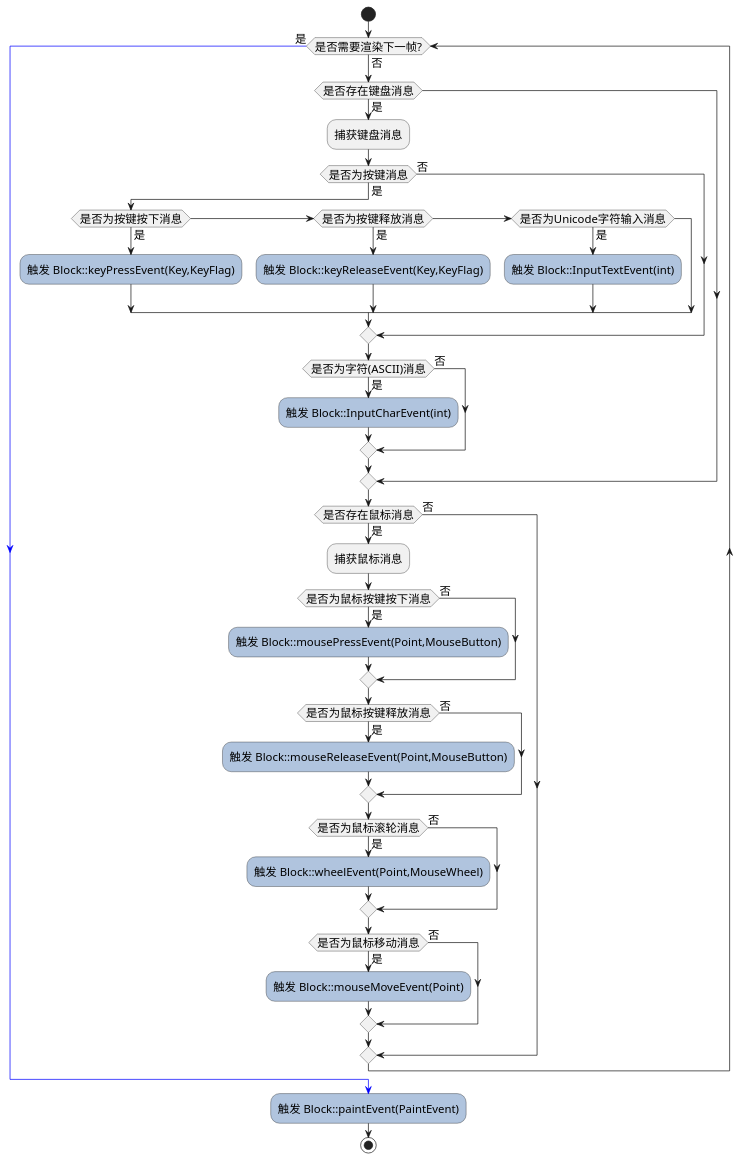
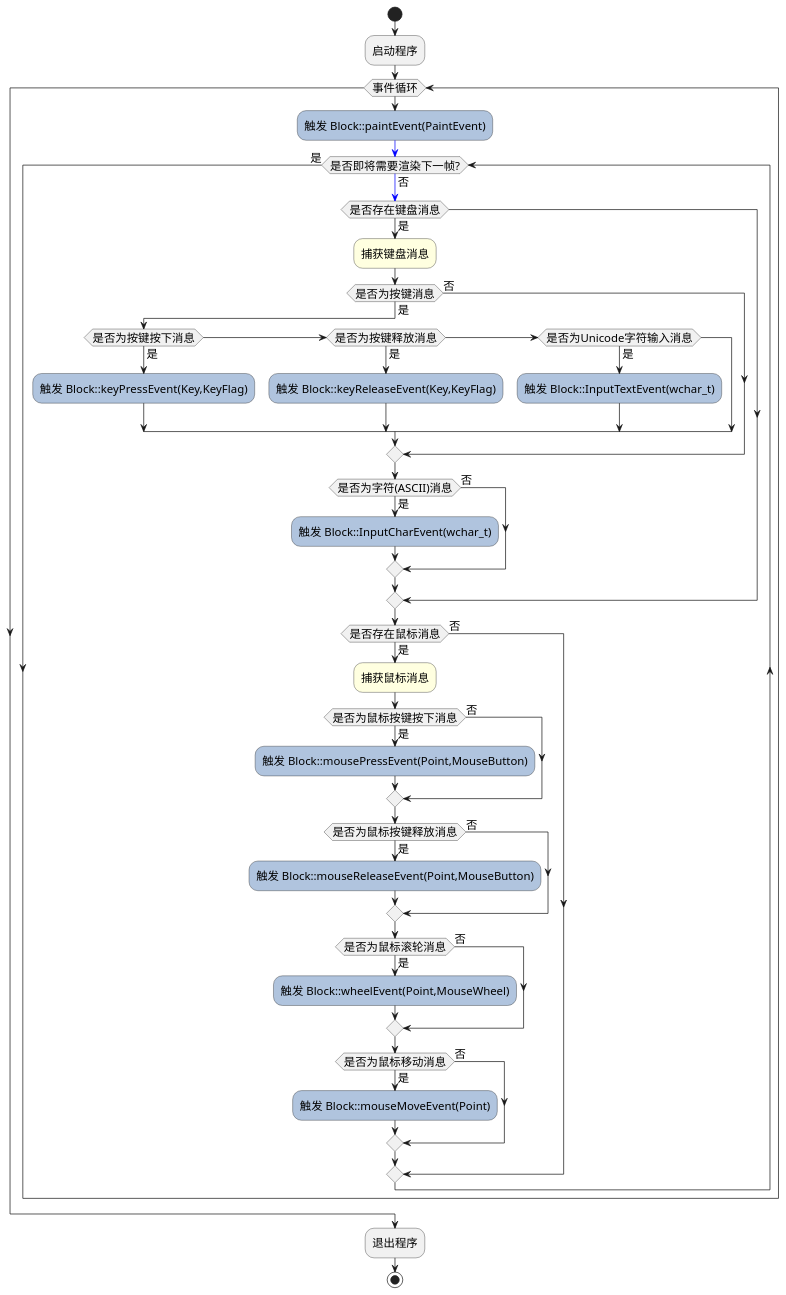
Before and after one commit to Anglebase/Egrome: the diagram in docs/work.puml, drawn with PlantUML. The commit also changed 3 other files, not shown here.

```diff
--- a/docs/work.puml
+++ b/docs/work.puml
@@ -1,51 +1,54 @@
 @startuml 事件循环在一帧内的处理流程
 
 skinparam defaultFontName "思源黑体"
 skinparam DefaultFontSize 16
 
 start
-
-while (是否需要渲染下一帧?) is (否)
-    if(是否存在键盘消息)then(是)
-        :捕获键盘消息;
-        if(是否为按键消息)then(是)
-            if(是否为按键按下消息)then(是)
-                #LightSteelBlue:触发 Block::keyPressEvent(Key,KeyFlag);
-            else if(是否为按键释放消息)then(是)
-                #LightSteelBlue:触发 Block::keyReleaseEvent(Key,KeyFlag);
-            else if(是否为Unicode字符输入消息)then(是)
-                #LightSteelBlue:触发 Block::InputTextEvent(int);
+:启动程序;
+while (事件循环)
+    #LightSteelBlue:触发 Block::paintEvent(PaintEvent);
+    -[#Blue]->
+    while (是否即将需要渲染下一帧?) is (否)
+        if(是否存在键盘消息)then(是)
+            #LightYellow:捕获键盘消息;
+            if(是否为按键消息)then(是)
+                if(是否为按键按下消息)then(是)
+                    #LightSteelBlue:触发 Block::keyPressEvent(Key,KeyFlag);
+                else if(是否为按键释放消息)then(是)
+                    #LightSteelBlue:触发 Block::keyReleaseEvent(Key,KeyFlag);
+                else if(是否为Unicode字符输入消息)then(是)
+                    #LightSteelBlue:触发 Block::InputTextEvent(wchar_t);
+                endif
+            else (否)
+            endif
+            if(是否为字符(ASCII)消息)then(是)
+                #LightSteelBlue:触发 Block::InputCharEvent(wchar_t);
+            else (否)
+            endif
+        endif
+        if(是否存在鼠标消息)then(是)
+            #LightYellow:捕获鼠标消息;
+            if(是否为鼠标按键按下消息)then(是)
+                #LightSteelBlue:触发 Block::mousePressEvent(Point,MouseButton);
+            else (否)
+            endif
+            if(是否为鼠标按键释放消息)then(是)
+                #LightSteelBlue:触发 Block::mouseReleaseEvent(Point,MouseButton);
+            else (否)
+            endif
+            if(是否为鼠标滚轮消息)then(是)
+                #LightSteelBlue:触发 Block::wheelEvent(Point,MouseWheel);
+            else (否)
+            endif
+            if(是否为鼠标移动消息)then(是)
+                #LightSteelBlue:触发 Block::mouseMoveEvent(Point);
+            else (否)
             endif
         else (否)
         endif
-        if(是否为字符(ASCII)消息)then(是)
-            #LightSteelBlue:触发 Block::InputCharEvent(int);
-        else (否)
-        endif
-    endif
-    if(是否存在鼠标消息)then(是)
-        :捕获鼠标消息;
-        if(是否为鼠标按键按下消息)then(是)
-            #LightSteelBlue:触发 Block::mousePressEvent(Point,MouseButton);
-        else (否)
-        endif
-        if(是否为鼠标按键释放消息)then(是)
-            #LightSteelBlue:触发 Block::mouseReleaseEvent(Point,MouseButton);
-        else (否)
-        endif
-        if(是否为鼠标滚轮消息)then(是)
-            #LightSteelBlue:触发 Block::wheelEvent(Point,MouseWheel);
-        else (否)
-        endif
-        if(是否为鼠标移动消息)then(是)
-            #LightSteelBlue:触发 Block::mouseMoveEvent(Point);
-        else (否)
-        endif
-    else (否)
-    endif
-endwhile (是)
--[#Blue]->
-#LightSteelBlue:触发 Block::paintEvent(PaintEvent);
+    endwhile (是)
+endwhile
+:退出程序;
 stop
 
 @enduml
```
